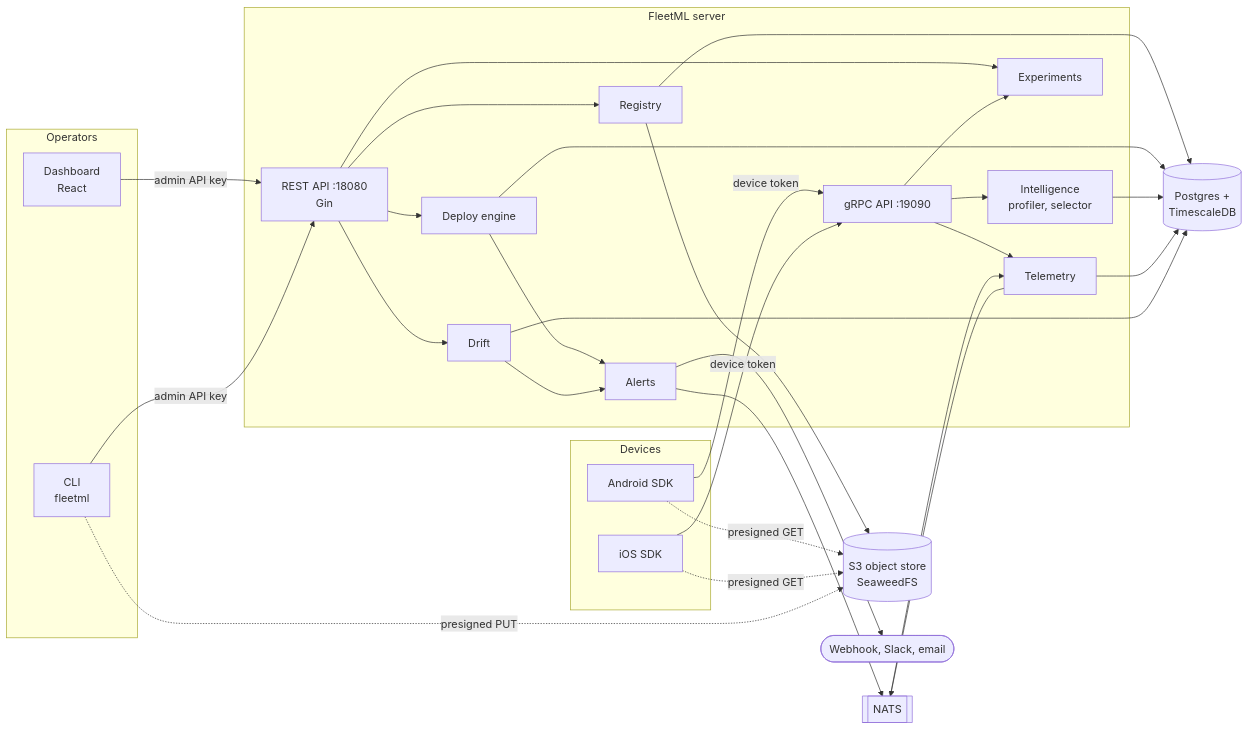
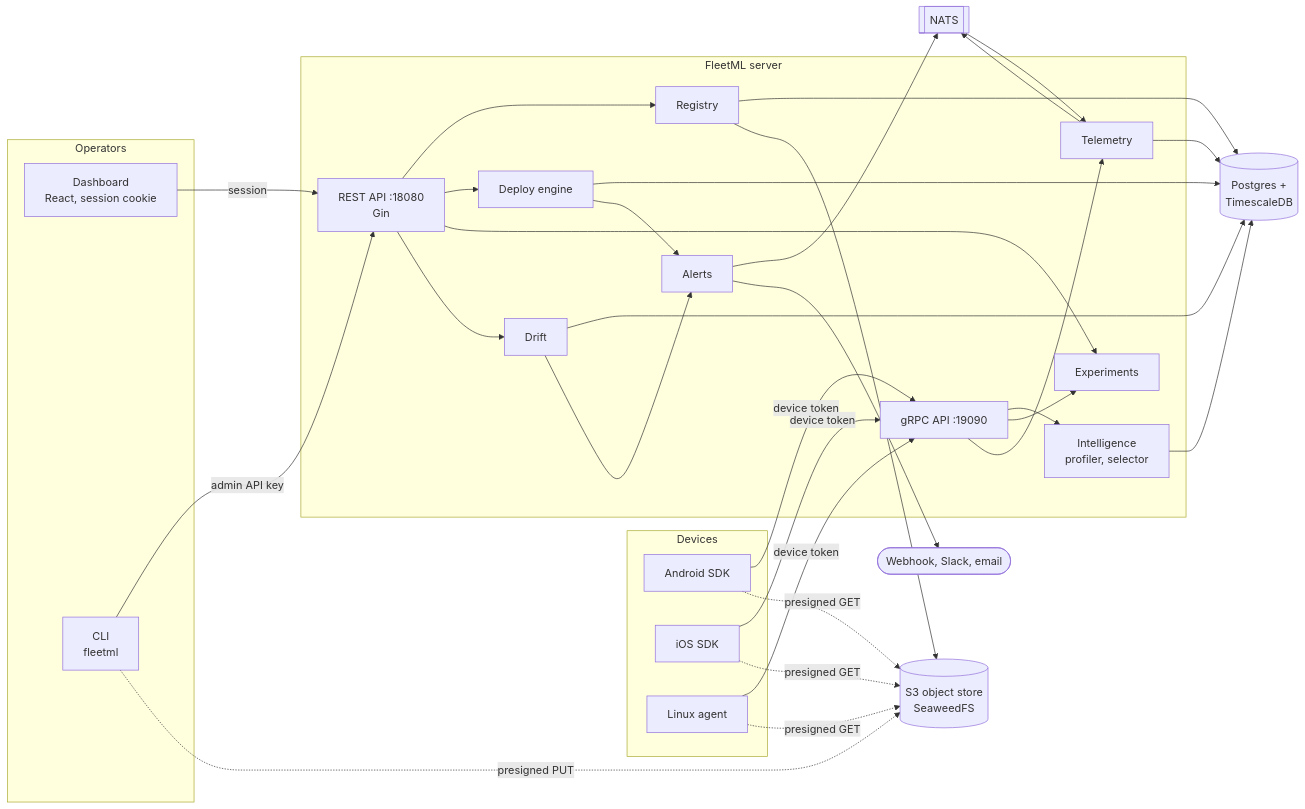
The first of 8 diagrams in docs/ARCHITECTURE.md (fleetml/fleetml), drawn with Mermaid before and after one commit. The commit also changed other lines of this file and 10 other files, not shown here.

````diff
--- a/docs/ARCHITECTURE.md
+++ b/docs/ARCHITECTURE.md
@@ -6,44 +6,47 @@
 ```mermaid
 flowchart LR
   subgraph clients[Operators]
-    dash[Dashboard<br/>React]
+    dash[Dashboard<br/>React, session cookie]
     cli[CLI<br/>fleetml]
   end
   subgraph devices[Devices]
     android[Android SDK]
     ios[iOS SDK]
+    agent[Linux agent]
   end
   subgraph server[FleetML server]
     rest[REST API :18080<br/>Gin]
     grpc[gRPC API :19090]
     reg[Registry]
     dep[Deploy engine]
     intel[Intelligence<br/>profiler, selector]
     exp[Experiments]
     tel[Telemetry]
     drift[Drift]
     alert[Alerts]
   end
   pg[(Postgres +<br/>TimescaleDB)]
   s3[(S3 object store<br/>SeaweedFS)]
   nats[[NATS]]
   hook([Webhook, Slack, email])
 
-  dash -- admin API key --> rest
+  dash -- session --> rest
   cli -- admin API key --> rest
   android -- device token --> grpc
   ios -- device token --> grpc
+  agent -- device token --> grpc
   android -. presigned GET .-> s3
   ios -. presigned GET .-> s3
+  agent -. presigned GET .-> s3
   cli -. presigned PUT .-> s3
   rest --> reg & dep & exp & drift
   grpc --> intel & exp & tel
   reg --> pg & s3
   dep --> pg
   intel --> pg
   tel --> nats --> tel
   tel --> pg
   drift --> pg
   dep & drift --> alert
   alert --> nats & hook
 ```
````
